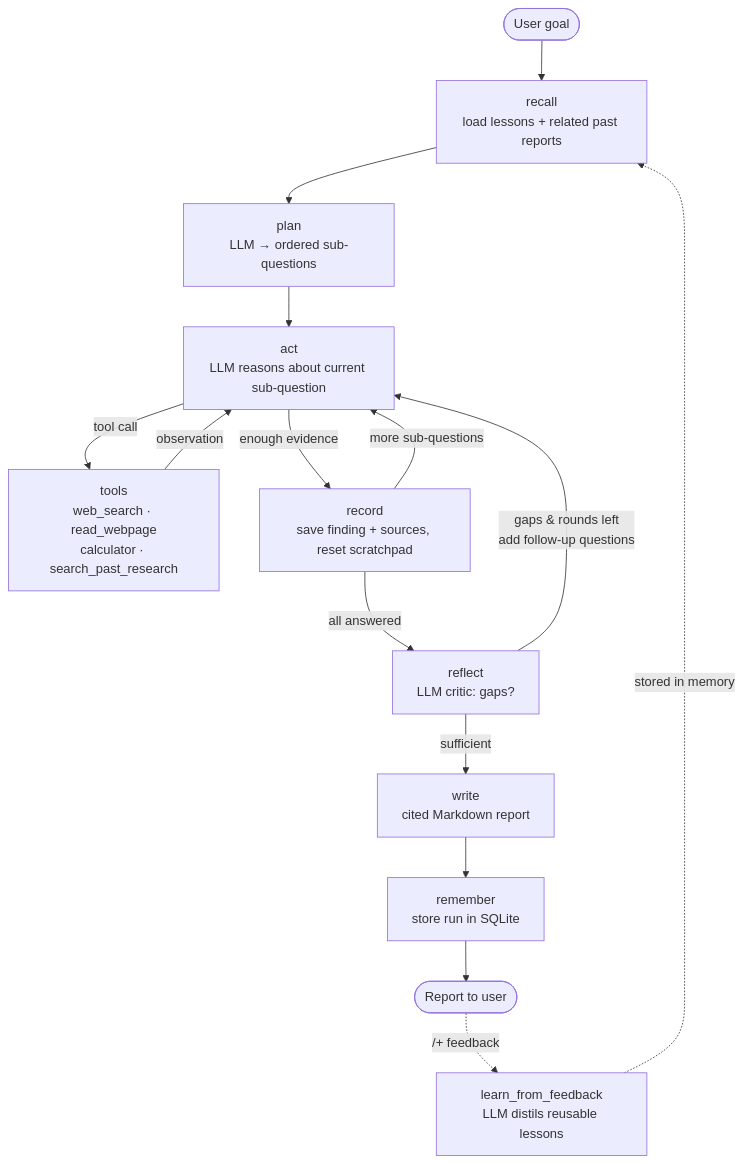
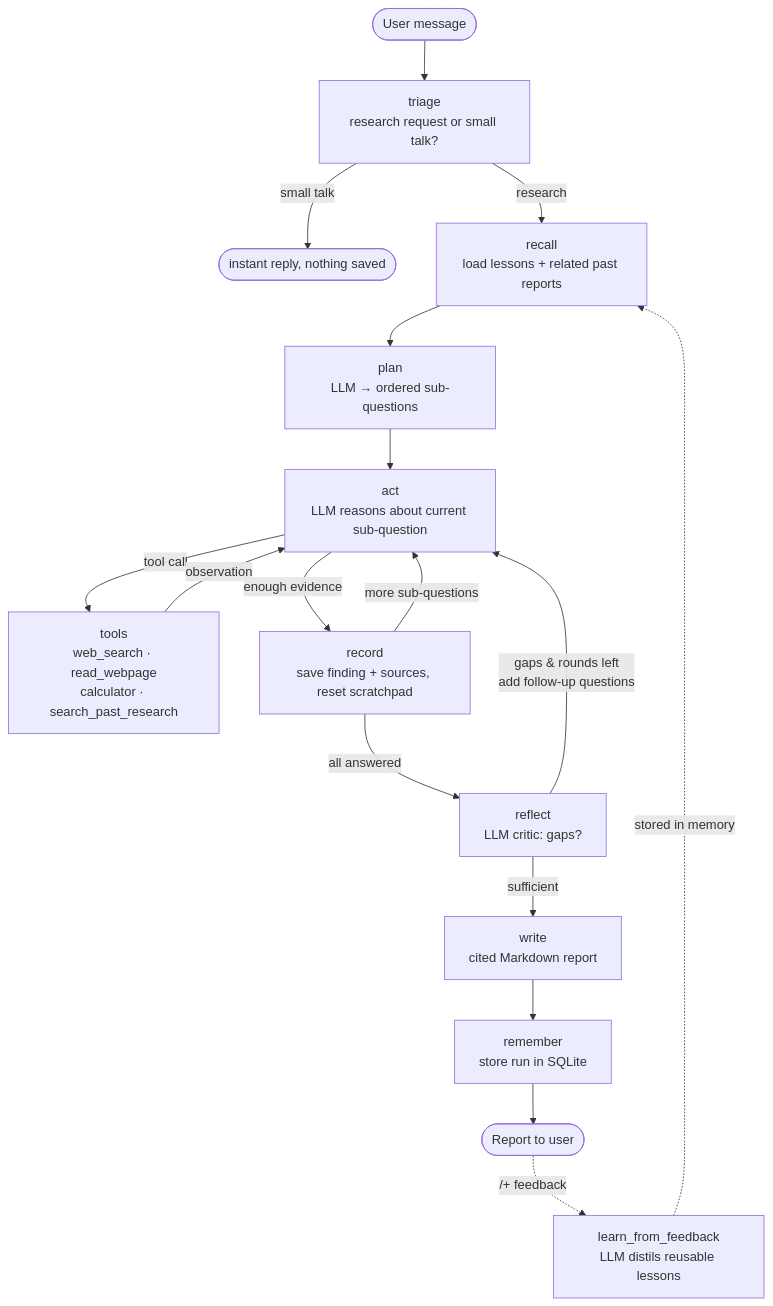
One commit to Gurukiran10/research-agent changed the diagram in README.md. Above: the diagram before and after it, drawn with Mermaid. The commit also changed other lines of this file and 9 other files, not shown here.

First line of the commit message:
Add a triage step so small talk gets an instant reply

````diff
--- a/README.md
+++ b/README.md
@@ -59,17 +60,19 @@
 ```mermaid
 flowchart TD
-    U([User goal]) --> R[recall<br/>load lessons + related past reports]
+    U([User message]) --> TR[triage<br/>research request or small talk?]
+    TR -- small talk --> QR([instant reply, nothing saved])
+    TR -- research --> R[recall<br/>load lessons + related past reports]
     R --> P[plan<br/>LLM → ordered sub-questions]
     P --> A[act<br/>LLM reasons about current sub-question]
     A -- tool call --> T[tools<br/>web_search · read_webpage<br/>calculator · search_past_research]
     T -- observation --> A
     A -- enough evidence --> REC[record<br/>save finding + sources, reset scratchpad]
     REC -- more sub-questions --> A
     REC -- all answered --> REF[reflect<br/>LLM critic: gaps?]
     REF -- gaps & rounds left<br/>add follow-up questions --> A
     REF -- sufficient --> W[write<br/>cited Markdown report]
     W --> M[remember<br/>store run in SQLite]
     M --> O([Report to user])
     O -. /+ feedback .-> L[learn_from_feedback<br/>LLM distils reusable lessons]
     L -. stored in memory .-> R
 ```
````
